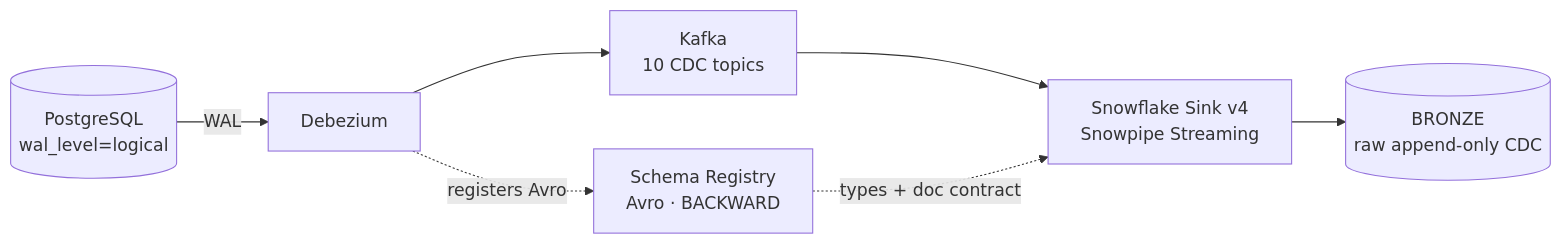
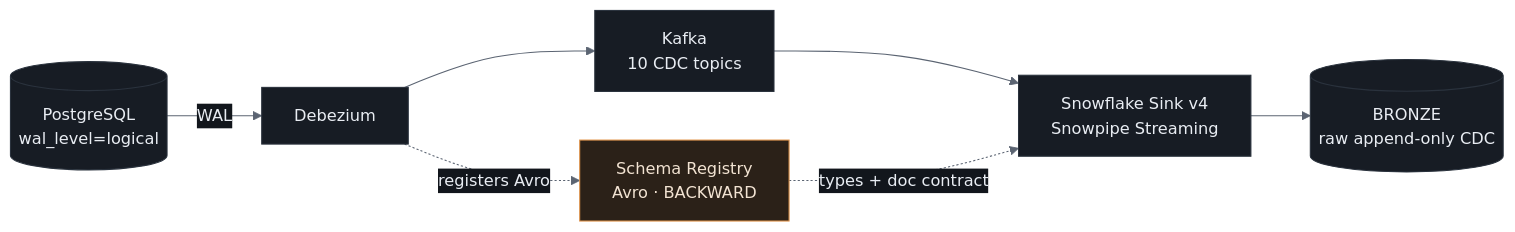
One commit to christiandrocha/sdd-kafka-snowflake-2 changed the first of 2 diagrams in README.md. Above: the diagram before and after it, drawn with Mermaid. The commit also changed other lines of this file and 4 other files, not shown here.

````diff
--- a/README.md
+++ b/README.md
@@ -162,9 +171,17 @@
 ```mermaid
+%%{init: {'theme':'base','themeVariables':{'primaryColor':'#171c24','primaryTextColor':'#e9edf3','primaryBorderColor':'#2a323d','lineColor':'#5b6472','secondaryColor':'#1f2630','tertiaryColor':'#2a323d','background':'#12161c','mainBkg':'#171c24','nodeBorder':'#2a323d','titleColor':'#e9edf3','edgeLabelBackground':'#12161c','fontSize':'15px'},'flowchart':{'diagramPadding':18,'nodeSpacing':45,'rankSpacing':55}}}%%
 flowchart LR
     PG[("PostgreSQL<br/>wal_level=logical")] -->|WAL| DBZ["Debezium"]
     DBZ --> KAF["Kafka<br/>10 CDC topics"]
     KAF --> SINK["Snowflake Sink v4<br/>Snowpipe Streaming"]
     SINK --> BRZ[("BRONZE<br/>raw append-only CDC")]
     DBZ -.->|"registers Avro"| SR["Schema Registry<br/>Avro · BACKWARD"]
     SR -.->|"types + doc contract"| SINK
+
+    style PG fill:#171c24,stroke:#2a323d,color:#e9edf3
+    style DBZ fill:#171c24,stroke:#2a323d,color:#e9edf3
+    style KAF fill:#171c24,stroke:#2a323d,color:#e9edf3
+    style SINK fill:#171c24,stroke:#2a323d,color:#e9edf3
+    style BRZ fill:#171c24,stroke:#2a323d,color:#e9edf3
+    style SR fill:#2b2118,stroke:#e3974e,color:#f2e3d2
 ```
````
